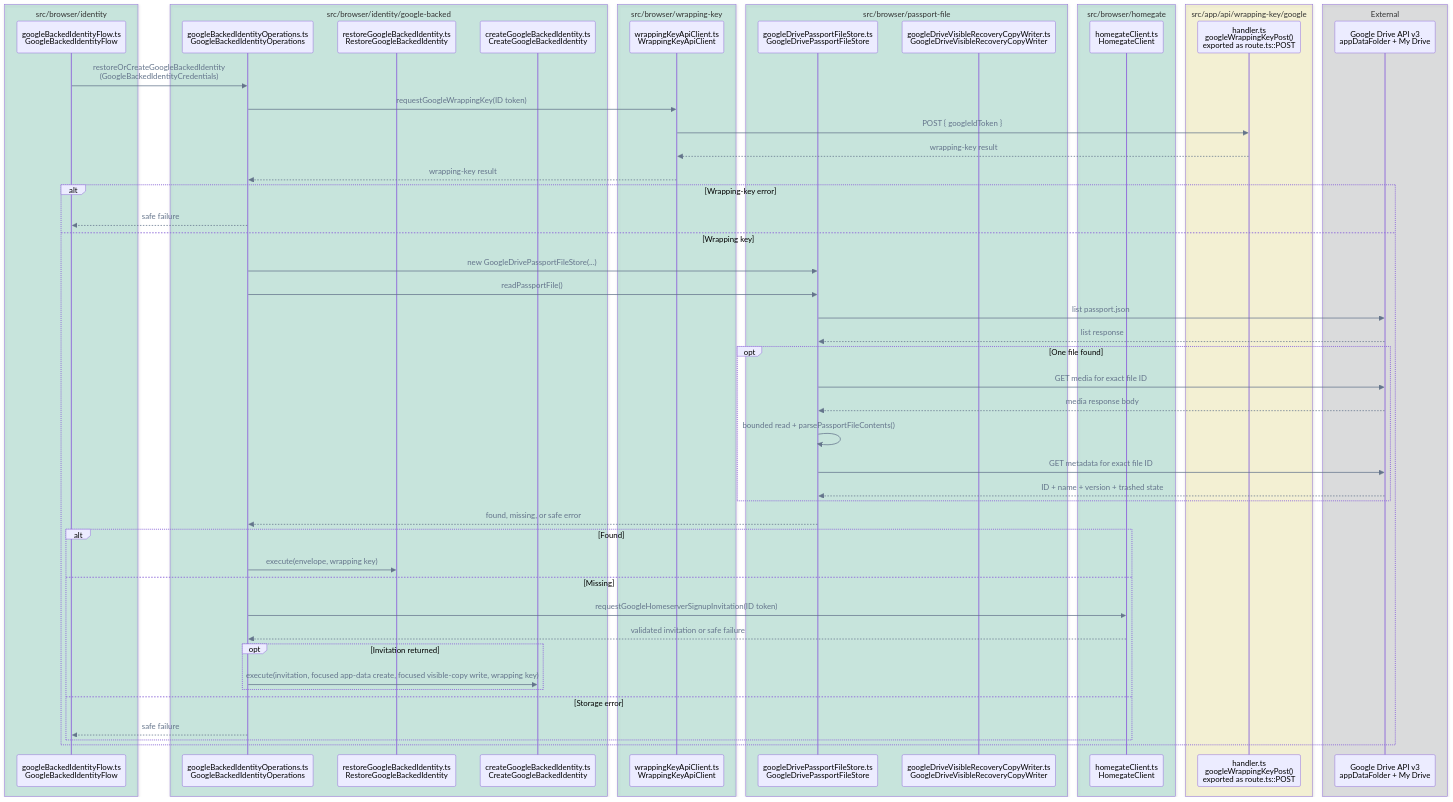
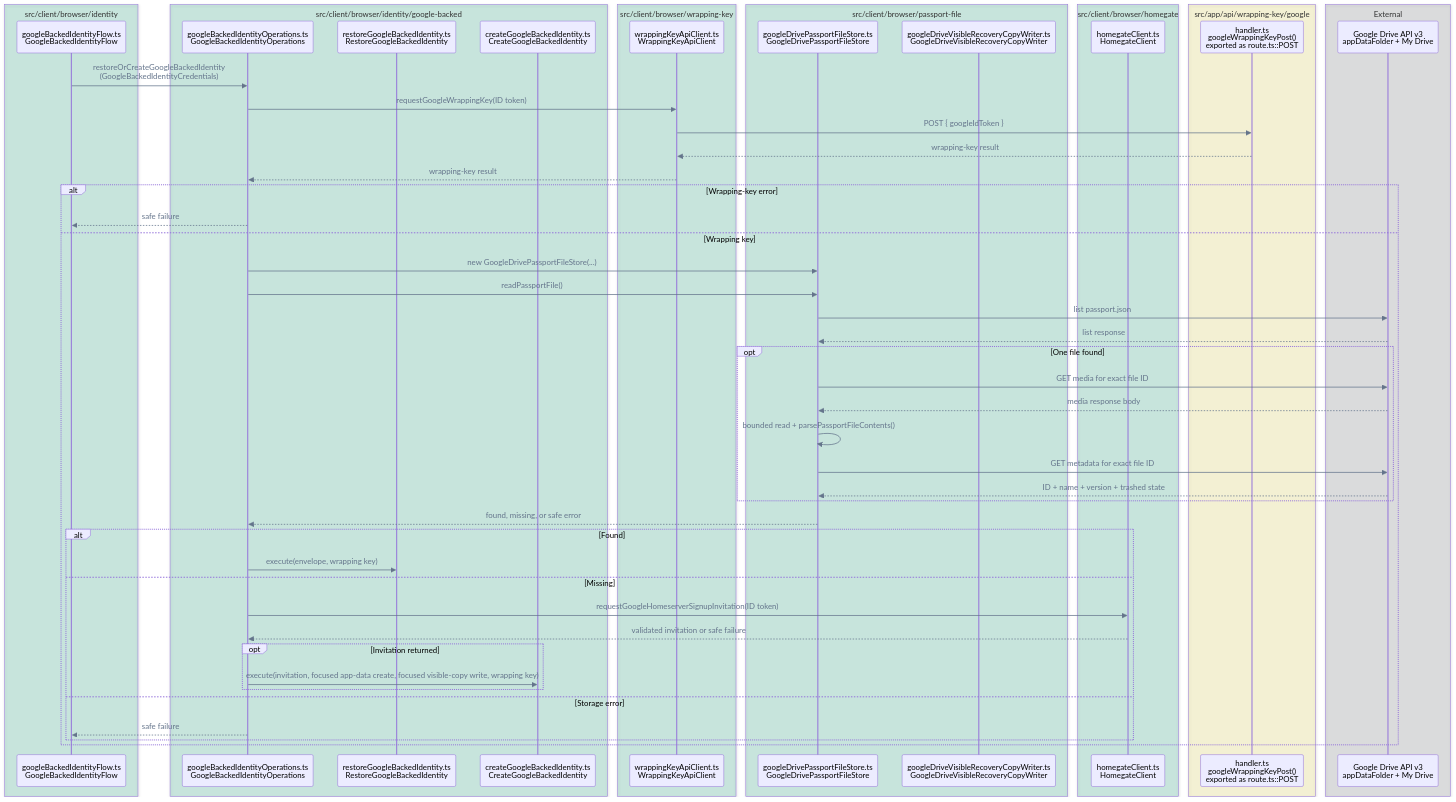
One commit to pubky/pubky-passport changed the eighth of 14 diagrams in FLOWS.md. Above: the diagram before and after it, drawn with Mermaid. The commit also changed other lines of this file and 238 other files, not shown here.

````diff
--- a/FLOWS.md
+++ b/FLOWS.md
@@ -350,63 +340,63 @@
 ```mermaid
 %%{init: {"themeVariables": {"signalColor": "#64748B", "signalTextColor": "#64748B"}}}%%
 sequenceDiagram
     accTitle: Google-backed custody/recovery establishment call flow
     accDescr: GoogleBackedIdentityOperations requests a wrapping key, reads the Google Drive Passport file, and dispatches a found file to restore or requests a Homegate invitation before creating a missing identity, without passing the wrapping key to Drive storage.
-    box rgba(0, 158, 115, 0.18) src/browser/identity
+    box rgba(0, 158, 115, 0.18) src/client/browser/identity
         participant GoogleFlow as googleBackedIdentityFlow.ts<br/>GoogleBackedIdentityFlow
     end
-    box rgba(0, 158, 115, 0.18) src/browser/identity/google-backed
+    box rgba(0, 158, 115, 0.18) src/client/browser/identity/google-backed
         participant Operations as googleBackedIdentityOperations.ts<br/>GoogleBackedIdentityOperations
         participant Restore as restoreGoogleBackedIdentity.ts<br/>RestoreGoogleBackedIdentity
         participant Creator as createGoogleBackedIdentity.ts<br/>CreateGoogleBackedIdentity
     end
-    box rgba(0, 158, 115, 0.18) src/browser/wrapping-key
+    box rgba(0, 158, 115, 0.18) src/client/browser/wrapping-key
         participant Wrapping as wrappingKeyApiClient.ts<br/>WrappingKeyApiClient
     end
-    box rgba(0, 158, 115, 0.18) src/browser/passport-file
+    box rgba(0, 158, 115, 0.18) src/client/browser/passport-file
         participant DriveStore as googleDrivePassportFileStore.ts<br/>GoogleDrivePassportFileStore
         participant VisibleWriter as googleDriveVisibleRecoveryCopyWriter.ts<br/>GoogleDriveVisibleRecoveryCopyWriter
     end
-    box rgba(0, 158, 115, 0.18) src/browser/homegate
+    box rgba(0, 158, 115, 0.18) src/client/browser/homegate
         participant Invite as homegateClient.ts<br/>HomegateClient
     end
     box rgba(240, 228, 66, 0.18) src/app/api/wrapping-key/google
         participant API as handler.ts<br/>googleWrappingKeyPost()<br/>exported as route.ts::POST
     end
     box rgba(17, 24, 39, 0.12) External
         participant Drive as Google Drive API v3<br/>appDataFolder + My Drive
     end
 
     GoogleFlow->>Operations: restoreOrCreateGoogleBackedIdentity<br/>(GoogleBackedIdentityCredentials)
     Operations->>Wrapping: requestGoogleWrappingKey(ID token)
     Wrapping->>API: POST { googleIdToken }
     API-->>Wrapping: wrapping-key result
     Wrapping-->>Operations: wrapping-key result
     alt Wrapping-key error
         Operations-->>GoogleFlow: safe failure
     else Wrapping key
         Operations->>DriveStore: new GoogleDrivePassportFileStore(...)
         Operations->>DriveStore: readPassportFile()
         DriveStore->>Drive: list passport.json
         Drive-->>DriveStore: list response
         opt One file found
             DriveStore->>Drive: GET media for exact file ID
             Drive-->>DriveStore: media response body
             DriveStore->>DriveStore: bounded read + parsePassportFileContents()
             DriveStore->>Drive: GET metadata for exact file ID
             Drive-->>DriveStore: ID + name + version + trashed state
         end
         DriveStore-->>Operations: found, missing, or safe error
         alt Found
             Operations->>Restore: execute(envelope, wrapping key)
         else Missing
             Operations->>Invite: requestGoogleHomeserverSignupInvitation(ID token)
             Invite-->>Operations: validated invitation or safe failure
             opt Invitation returned
                 Operations->>Creator: execute(invitation, focused app-data create, focused visible-copy write, wrapping key)
             end
         else Storage error
             Operations-->>GoogleFlow: safe failure
         end
     end
 ```
````
